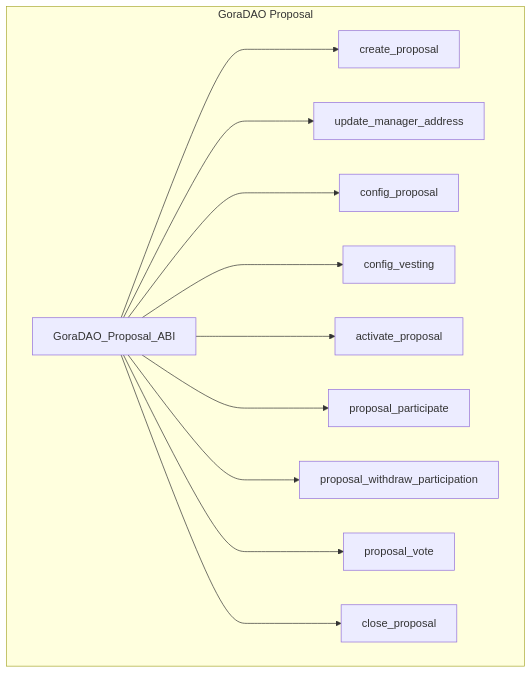
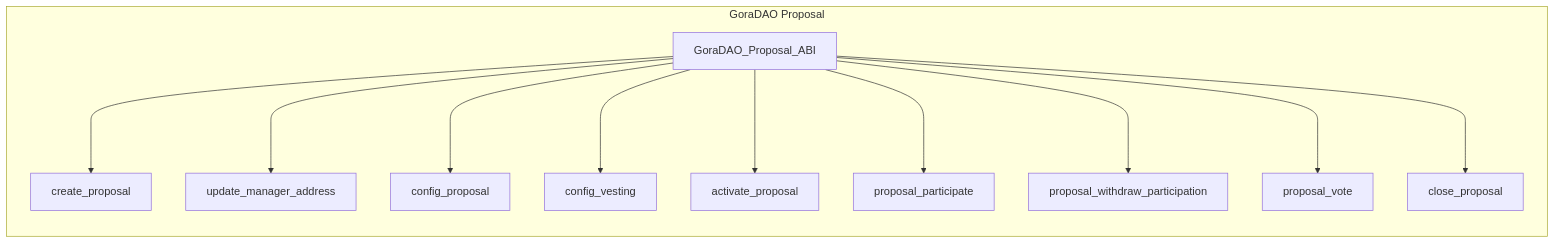
One commit to GoraNetwork/gora-dao-smartcontracts changed the fourth of 7 diagrams in README.md. Above: the diagram before and after it, drawn with Mermaid. The commit also changed other lines of this file and 1 other file, not shown here.

````diff
--- a/README.md
+++ b/README.md
@@ -199,32 +296,32 @@
 ```mermaid
 
-graph TB
+graph LR
  
       subgraph GoraDAO Proposal
             GoraDAO_Proposal[GoraDAO_Proposal_ABI]
             Proposal_Create[create_proposal]
             Update_Manager_address[update_manager_address]
             Configure_Proposal[config_proposal]
             Configure_Vesting[config_vesting]
             Activate_Voting[activate_proposal]
             Proposal_Participate[proposal_participate]
             Proposal_Withdraw_Participation[proposal_withdraw_participation]
             Proposal_Vote[proposal_vote]
             Force_Close_Proposal[close_proposal]
        
         end
       
 
       GoraDAO_Proposal[GoraDAO_Proposal_ABI] ---> Proposal_Create
       GoraDAO_Proposal[GoraDAO_Proposal_ABI] ---> Update_Manager_address
 
       GoraDAO_Proposal[GoraDAO_Proposal_ABI] ---> Configure_Proposal
       GoraDAO_Proposal[GoraDAO_Proposal_ABI] ---> Configure_Vesting
       GoraDAO_Proposal[GoraDAO_Proposal_ABI] ---> Activate_Voting
       GoraDAO_Proposal[GoraDAO_Proposal_ABI] ---> Proposal_Participate
       GoraDAO_Proposal[GoraDAO_Proposal_ABI] ---> Proposal_Withdraw_Participation
       GoraDAO_Proposal[GoraDAO_Proposal_ABI] ---> Proposal_Vote
       GoraDAO_Proposal[GoraDAO_Proposal_ABI] ---> Force_Close_Proposal
  
 
 ```
````
